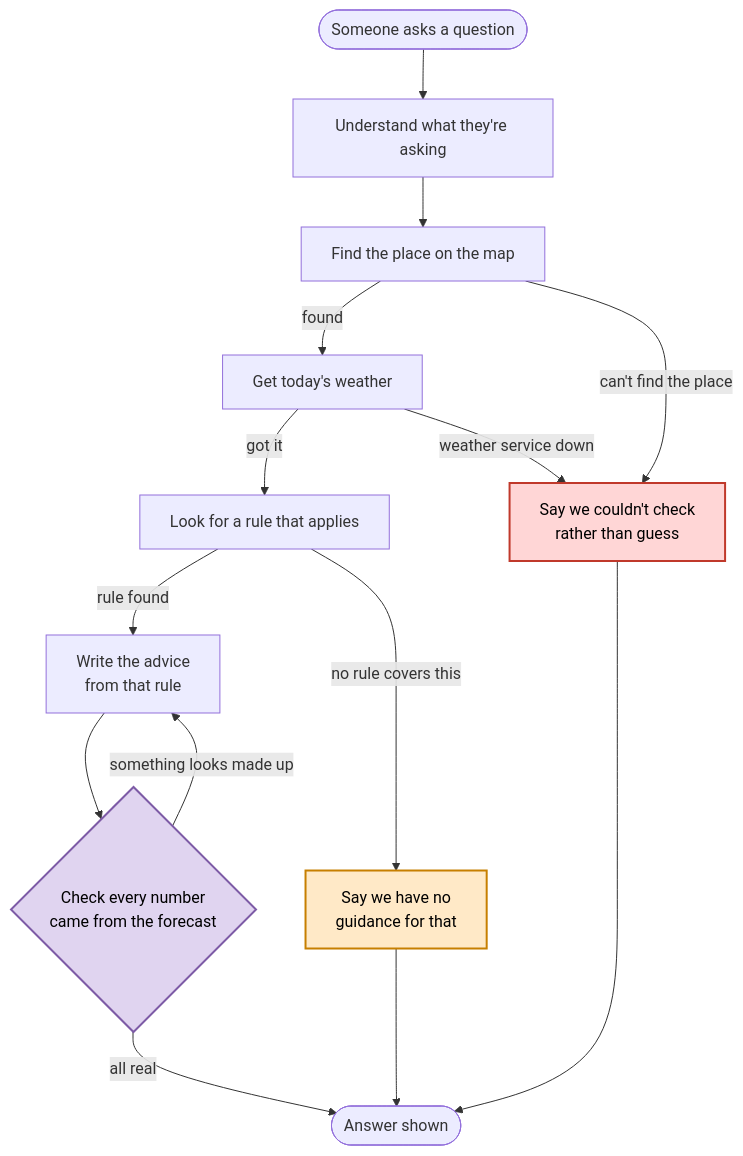
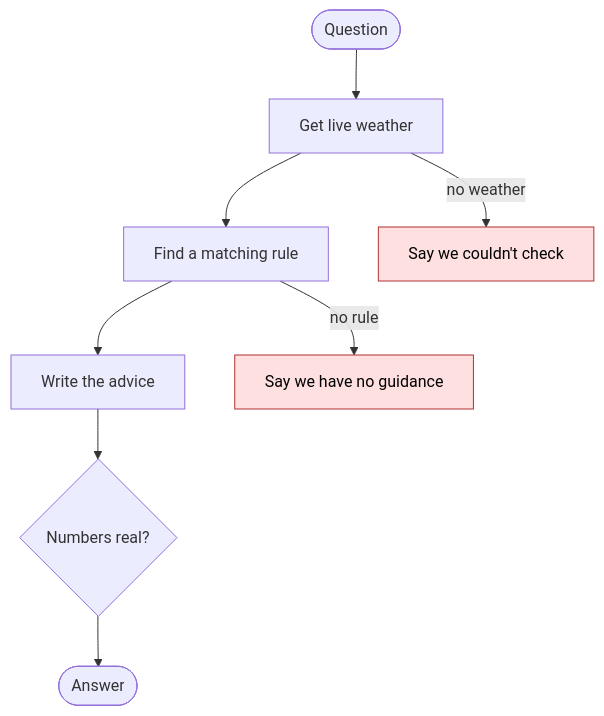
The diagram in README.md (Santhosh121805/Weathersafe-medibuddyassignment), drawn with Mermaid before and after one commit.

````diff
--- a/README.md
+++ b/README.md
@@ -113,23 +113,14 @@
 ```mermaid
 flowchart TD
-    A([Someone asks a question]) --> B[Understand what they're asking]
-    B --> C[Find the place on the map]
-    C -->|found| D[Get today's weather]
-    C -->|can't find the place| H[Say we couldn't check<br/>rather than guess]
-    D -->|got it| E[Look for a rule that applies]
-    D -->|weather service down| H
-    E -->|rule found| F[Write the advice<br/>from that rule]
-    E -->|no rule covers this| N[Say we have no<br/>guidance for that]
-    F --> G{Check every number<br/>came from the forecast}
-    G -->|something looks made up| F
-    G -->|all real| Z([Answer shown])
-    H --> Z
-    N --> Z
+    Q([Question]) --> W[Get live weather]
+    W --> R[Find a matching rule]
+    R --> A[Write the advice]
+    A --> C{Numbers real?}
+    C --> D([Answer])
 
-    classDef fail fill:#ffd6d6,stroke:#c0392b,stroke-width:2px,color:#000
-    classDef none fill:#ffe9c7,stroke:#c77f00,stroke-width:2px,color:#000
-    classDef check fill:#e0d4f0,stroke:#7d5ba6,stroke-width:2px,color:#000
-    class H fail
-    class N none
-    class G check
+    W -->|no weather| F1[Say we couldn't check]
+    R -->|no rule| F2[Say we have no guidance]
+
+    classDef out fill:#ffe0e0,stroke:#b03030,color:#000
+    class F1,F2 out
 ```
````
